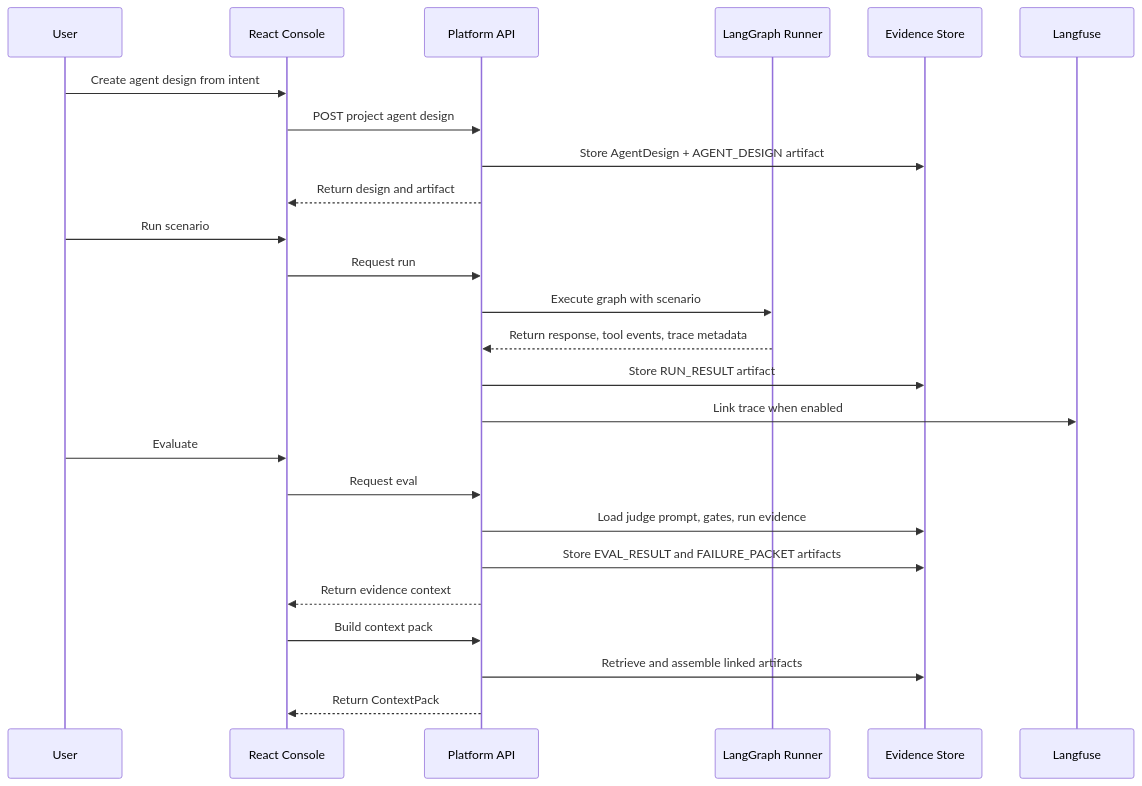
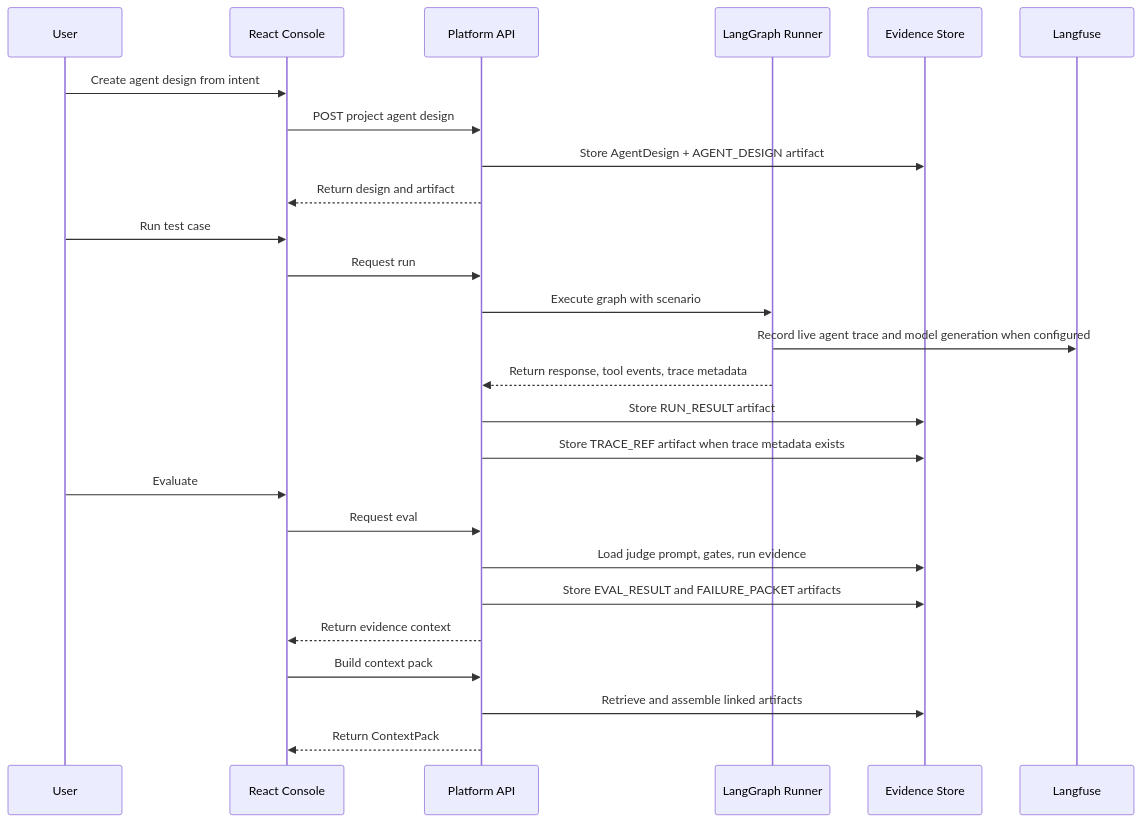
One commit to bfalkowski/edd-platform changed the fourth of 6 diagrams in docs/ARCHITECTURE.md. Above: the diagram before and after it, drawn with Mermaid. The commit also changed 18 other files, not shown here.

Commit message:
Refine Sentiment Observer demo flow

````diff
--- a/docs/ARCHITECTURE.md
+++ b/docs/ARCHITECTURE.md
@@ -98,31 +98,32 @@
 ```mermaid
 sequenceDiagram
   participant U as User
   participant W as React Console
   participant A as Platform API
   participant R as LangGraph Runner
   participant S as Evidence Store
   participant L as Langfuse
 
   U->>W: Create agent design from intent
   W->>A: POST project agent design
   A->>S: Store AgentDesign + AGENT_DESIGN artifact
   A-->>W: Return design and artifact
 
-  U->>W: Run scenario
+  U->>W: Run test case
   W->>A: Request run
   A->>R: Execute graph with scenario
+  R->>L: Record live agent trace and model generation when configured
   R-->>A: Return response, tool events, trace metadata
   A->>S: Store RUN_RESULT artifact
-  A->>L: Link trace when enabled
+  A->>S: Store TRACE_REF artifact when trace metadata exists
 
   U->>W: Evaluate
   W->>A: Request eval
   A->>S: Load judge prompt, gates, run evidence
   A->>S: Store EVAL_RESULT and FAILURE_PACKET artifacts
   A-->>W: Return evidence context
 
   W->>A: Build context pack
   A->>S: Retrieve and assemble linked artifacts
   A-->>W: Return ContextPack
 ```
````
